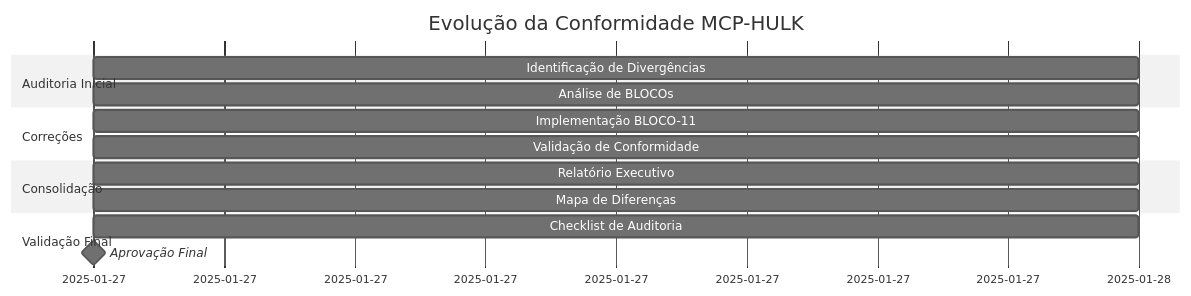
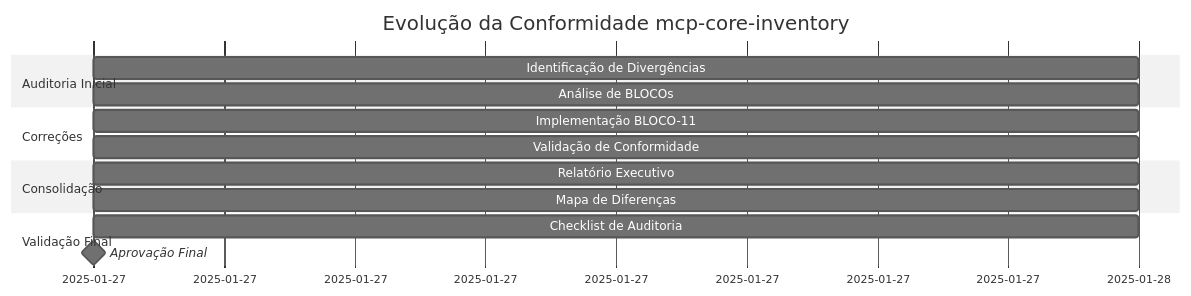
One commit to vertikon/mcp-core-inventory changed the sixth of 6 diagrams in .cursor/MAPA-DIFERENCAS-VISUAL.md. Above: the diagram before and after it, drawn with Mermaid (neutral theme). The commit also changed other lines of this file and 119 other files, not shown here.

First line of the commit message:
Rename MCP-HULK references to mcp-core-inventory

````diff
--- a/.cursor/MAPA-DIFERENCAS-VISUAL.md
+++ b/.cursor/MAPA-DIFERENCAS-VISUAL.md
@@ -182,17 +182,17 @@
 ```mermaid
 gantt
-    title Evolução da Conformidade MCP-HULK
+    title Evolução da Conformidade mcp-core-inventory
     dateFormat YYYY-MM-DD
     section Auditoria Inicial
     Identificação de Divergências    :2025-01-27, 1d
     Análise de BLOCOs                :2025-01-27, 1d
     section Correções
     Implementação BLOCO-11           :2025-01-27, 1d
     Validação de Conformidade         :2025-01-27, 1d
     section Consolidação
     Relatório Executivo               :2025-01-27, 1d
     Mapa de Diferenças                :2025-01-27, 1d
     section Validação Final
     Checklist de Auditoria            :2025-01-27, 1d
     Aprovação Final                   :milestone, 2025-01-27, 0d
 ```
````
